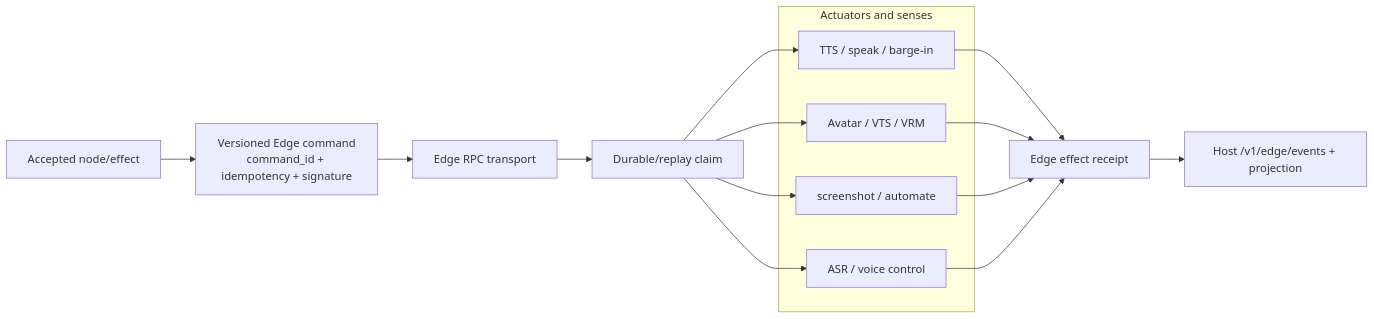
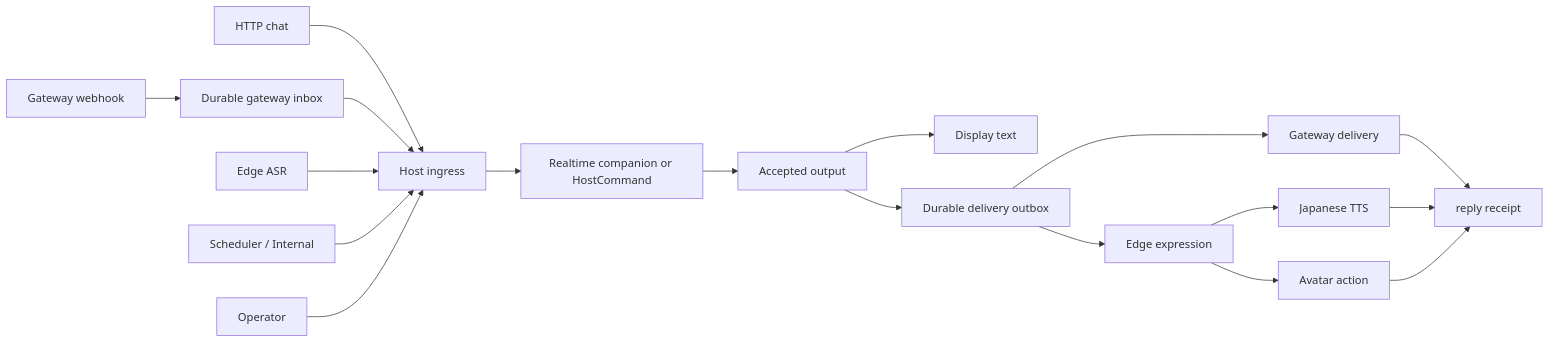
One commit to SakuraYoruno/Natsume_Ai changed the diagram in docs/50_project/arch/diagrams/06_input_output_routes.md. Above: the diagram before and after it, drawn with Mermaid. The commit also changed other lines of this file and 87 other files, not shown here.

````diff
--- a/docs/50_project/arch/diagrams/06_input_output_routes.md
+++ b/docs/50_project/arch/diagrams/06_input_output_routes.md
@@ -75,28 +6,21 @@
 ```mermaid
 flowchart LR
-    TASK["Accepted node/effect"]
-    CMD["Versioned Edge command\ncommand_id + idempotency + signature"]
-    RPC["Edge RPC transport"]
-    CLAIM["Durable/replay claim"]
+    WEB["HTTP chat"] --> IN["Host ingress"]
+    GWH["Gateway webhook"] --> GWI["Durable gateway inbox"]
+    GWI --> IN
+    ASR["Edge ASR"] --> IN
+    SCHED["Scheduler / Internal"] --> IN
+    OP["Operator"] --> IN
 
-    subgraph Actions["Actuators and senses"]
-        SPEAK["TTS / speak / barge-in"]
-        AVATAR["Avatar / VTS / VRM"]
-        DESKTOP["screenshot / automate"]
-        ASR["ASR / voice control"]
-    end
-
-    RECEIPT["Edge effect receipt"]
-    EVENT["Host /v1/edge/events + projection"]
-
-    TASK --> CMD --> RPC --> CLAIM
-    CLAIM --> SPEAK
-    CLAIM --> AVATAR
-    CLAIM --> DESKTOP
-    CLAIM --> ASR
-    SPEAK --> RECEIPT
-    AVATAR --> RECEIPT
-    DESKTOP --> RECEIPT
-    ASR --> RECEIPT
-    RECEIPT --> EVENT
+    IN --> HOST["Realtime companion or HostCommand"]
+    HOST --> ACCEPT["Accepted output"]
+    ACCEPT --> TEXT["Display text"]
+    ACCEPT --> OUTBOX["Durable delivery outbox"]
+    OUTBOX --> GW["Gateway delivery"]
+    OUTBOX --> EDGE["Edge expression"]
+    EDGE --> TTS["Japanese TTS"]
+    EDGE --> AV["Avatar action"]
+    GW --> RECEIPT["reply receipt"]
+    TTS --> RECEIPT
+    AV --> RECEIPT
 ```
````
